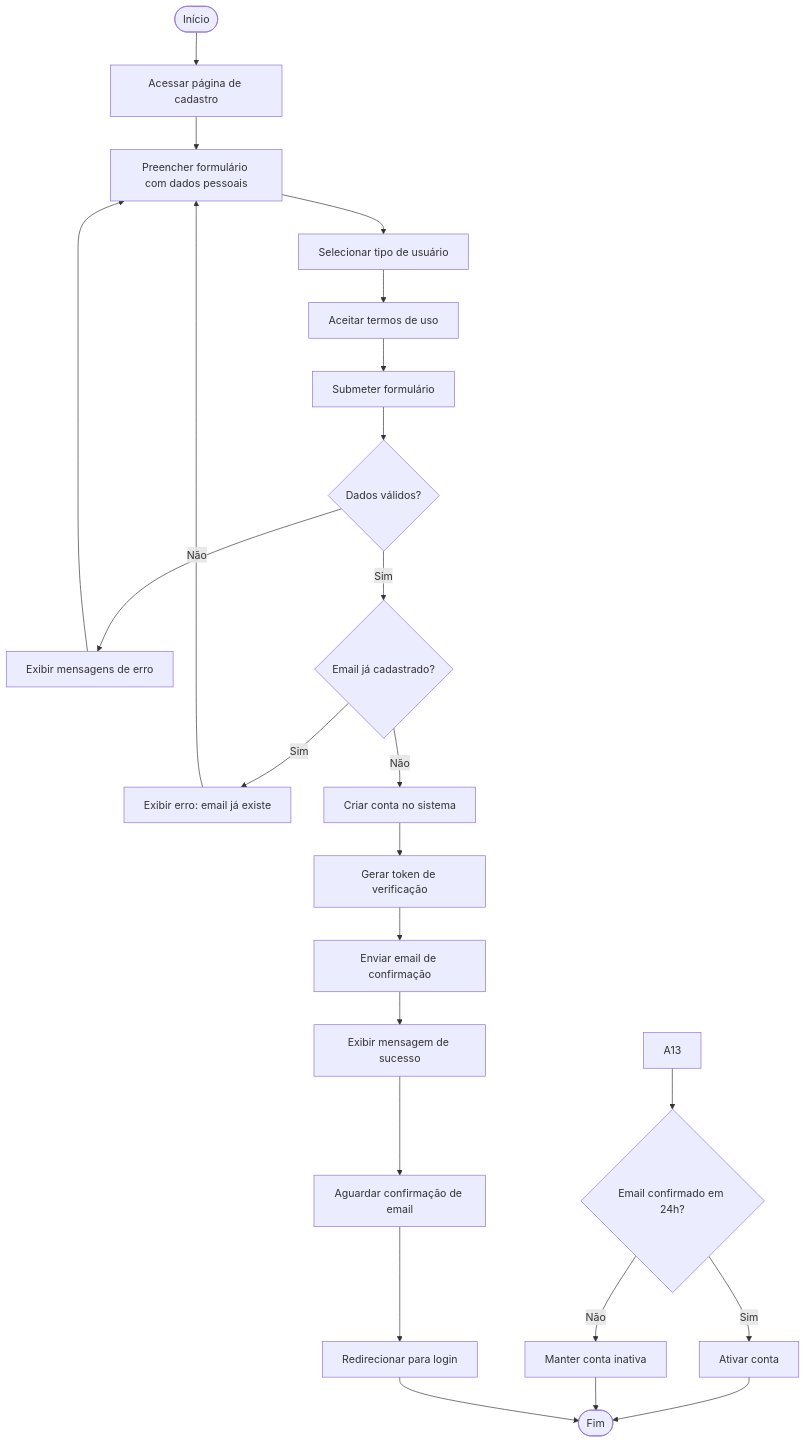
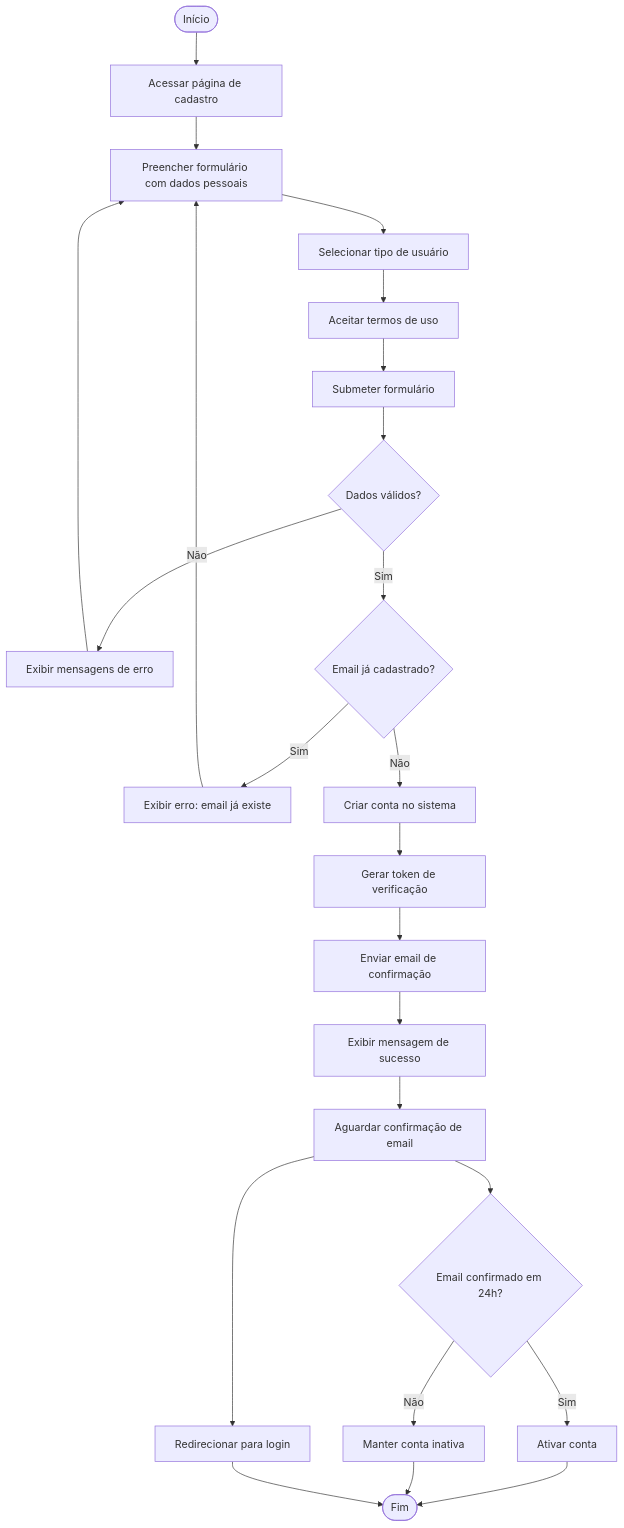
The diagram in docs/diagramas/diagrama-atividade/AD01-CadastroUsuario.md (sioterino/anemonas), drawn with Mermaid before and after one commit.

Commit message:
ajeitando uma linha errada

````diff
--- a/docs/diagramas/diagrama-atividade/AD01-CadastroUsuario.md
+++ b/docs/diagramas/diagrama-atividade/AD01-CadastroUsuario.md
@@ -4,34 +4,34 @@
 ```mermaid
 flowchart TD
     Start([Início]) --> A1[Acessar página de cadastro]
     A1 --> A2[Preencher formulário com dados pessoais]
     A2 --> A3[Selecionar tipo de usuário]
     A3 --> A4[Aceitar termos de uso]
     A4 --> A5[Submeter formulário]
 
     A5 --> D1{Dados válidos?}
     D1 -->|Não| A6[Exibir mensagens de erro]
     A6 --> A2
 
     D1 -->|Sim| D2{Email já cadastrado?}
     D2 -->|Sim| A7[Exibir erro: email já existe]
     A7 --> A2
 
     D2 -->|Não| A8[Criar conta no sistema]
     A8 --> A9[Gerar token de verificação]
     A9 --> A10[Enviar email de confirmação]
 
 %% Fork (representado por divisão de fluxo)
     A10 --> A11[Exibir mensagem de sucesso]
     A11 --> A12[Aguardar confirmação de email]
 
     A12 --> A14[Redirecionar para login]
-    A13 --> D3{Email confirmado em 24h?}
+    A12 --> D3{Email confirmado em 24h?}
 
     D3 -->|Sim| A15[Ativar conta]
     D3 -->|Não| A16[Manter conta inativa]
 
     A15 --> End([Fim])
     A16 --> End
     A14 --> End
 ```
````
